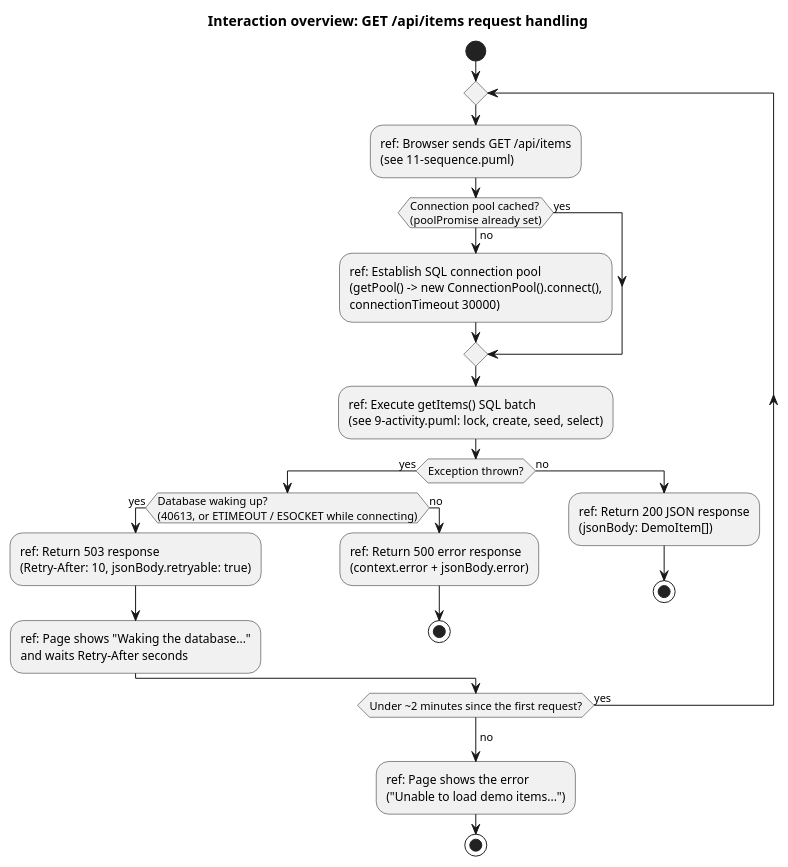
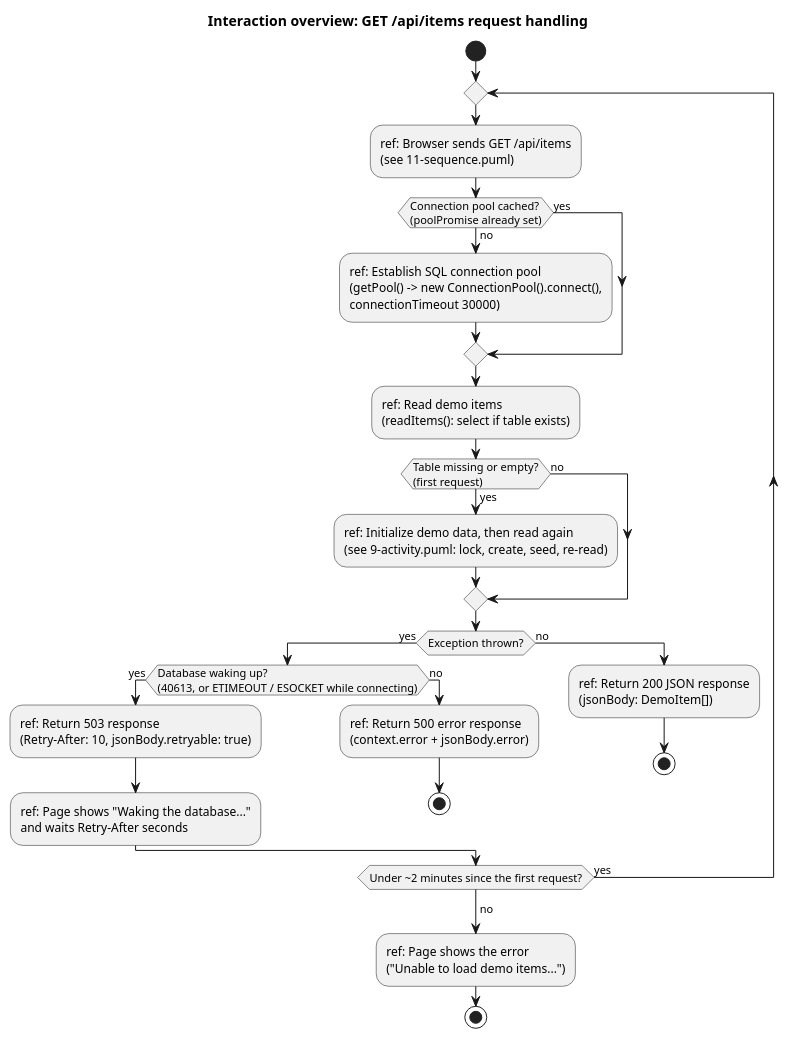
The diagram in uml/interaction/13-interaction-overview.puml (wolffy-au/frictionless-sample-azure), drawn with PlantUML before and after one commit. The commit also changed 13 other files, not shown here.

First line of the commit message:
docs(uml): show the read-first demo-items flow

```diff
--- a/uml/interaction/13-interaction-overview.puml
+++ b/uml/interaction/13-interaction-overview.puml
@@ -1,29 +1,33 @@
 @startuml
 title Interaction overview: GET /api/items request handling
 
 start
 repeat
   :ref: Browser sends GET /api/items\n(see 11-sequence.puml);
   if (Connection pool cached?\n(poolPromise already set)) then (no)
     :ref: Establish SQL connection pool\n(getPool() -> new ConnectionPool().connect(),\nconnectionTimeout 30000);
   else (yes)
   endif
-  :ref: Execute getItems() SQL batch\n(see 9-activity.puml: lock, create, seed, select);
+  :ref: Read demo items\n(readItems(): select if table exists);
+  if (Table missing or empty?\n(first request)) then (yes)
+    :ref: Initialize demo data, then read again\n(see 9-activity.puml: lock, create, seed, re-read);
+  else (no)
+  endif
   if (Exception thrown?) then (yes)
     if (Database waking up?\n(40613, or ETIMEOUT / ESOCKET while connecting)) then (yes)
       :ref: Return 503 response\n(Retry-After: 10, jsonBody.retryable: true);
       :ref: Page shows "Waking the database..."\nand waits Retry-After seconds;
     else (no)
       :ref: Return 500 error response\n(context.error + jsonBody.error);
       stop
     endif
   else (no)
     :ref: Return 200 JSON response\n(jsonBody: DemoItem[]);
     stop
   endif
 repeat while (Under ~2 minutes since the first request?) is (yes)
 ->no;
 :ref: Page shows the error\n("Unable to load demo items...");
 stop
 
 @enduml
```
